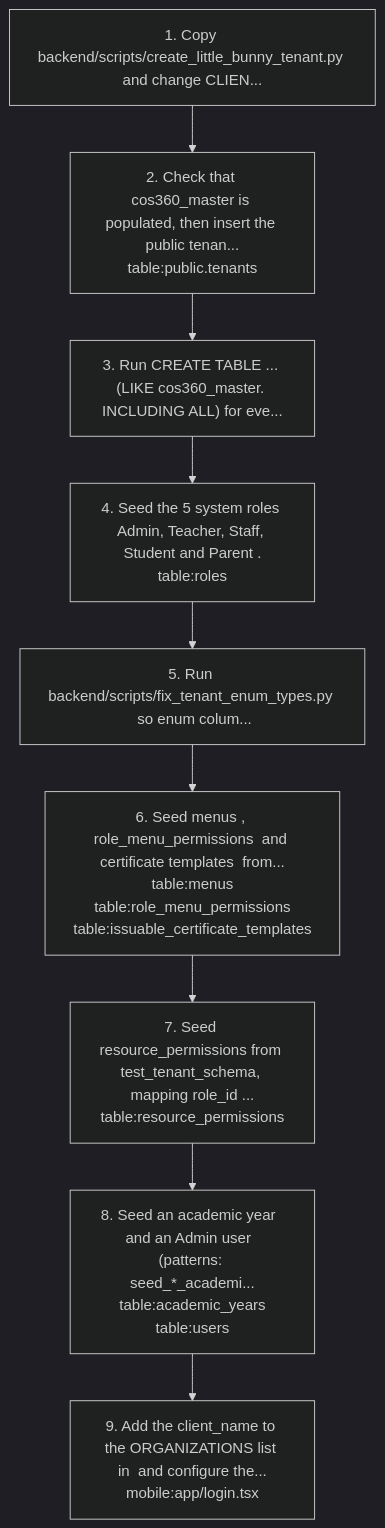
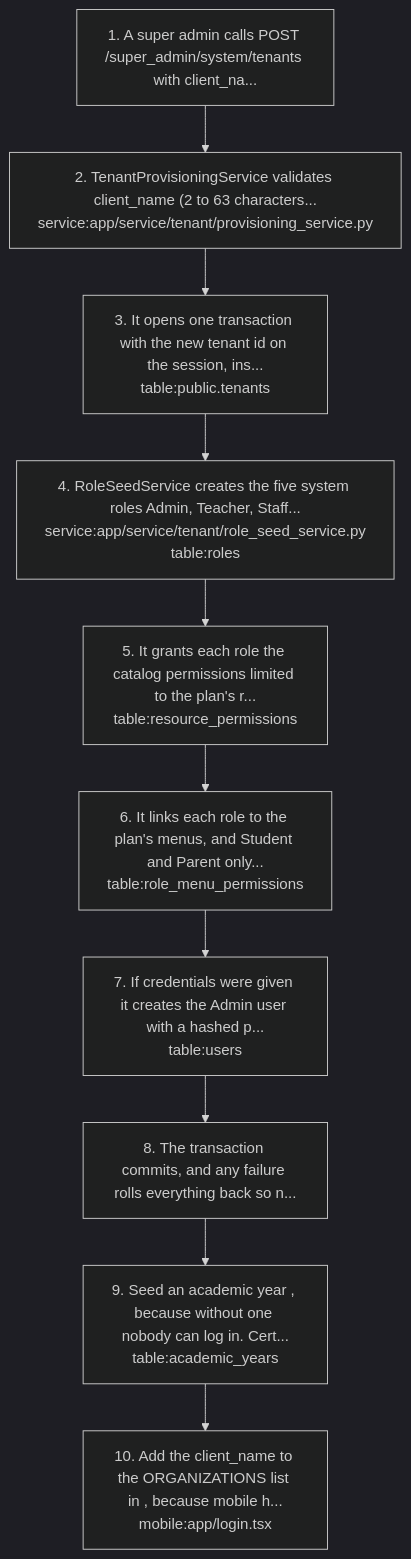
One commit to nerellasraj21/cos360_full_app changed the fifth of 6 diagrams in docs/graph/views/tenants-and-admin.md. Above: the diagram before and after it, drawn with Mermaid (dark theme). The commit also changed other lines of this file and 175 other files, not shown here.

````diff
--- a/docs/graph/views/tenants-and-admin.md
+++ b/docs/graph/views/tenants-and-admin.md
@@ -258,20 +262,22 @@
 ```mermaid
 flowchart TD
-  s1["1. Copy backend/scripts/create_little_bunny_tenant.py and change CLIEN..."]
-  s2["2. Check that cos360_master is populated, then insert the public tenan...<br/>table:public.tenants"]
+  s1["1. A super admin calls POST /super_admin/system/tenants with client_na..."]
+  s2["2. TenantProvisioningService validates client_name (2 to 63 characters...<br/>service:app/service/tenant/provisioning_service.py"]
   s1 --> s2
-  s3["3. Run CREATE TABLE ... (LIKE cos360_master.<t> INCLUDING ALL) for eve..."]
+  s3["3. It opens one transaction with the new tenant id on the session, ins...<br/>table:public.tenants"]
   s2 --> s3
-  s4["4. Seed the 5 system roles Admin, Teacher, Staff, Student and Parent .<br/>table:roles"]
+  s4["4. RoleSeedService creates the five system roles Admin, Teacher, Staff...<br/>service:app/service/tenant/role_seed_service.py<br/>table:roles"]
   s3 --> s4
-  s5["5. Run backend/scripts/fix_tenant_enum_types.py <schema> so enum colum..."]
+  s5["5. It grants each role the catalog permissions limited to the plan's r...<br/>table:resource_permissions"]
   s4 --> s5
-  s6["6. Seed menus , role_menu_permissions  and certificate templates  from...<br/>table:menus<br/>table:role_menu_permissions<br/>table:issuable_certificate_templates"]
+  s6["6. It links each role to the plan's menus, and Student and Parent only...<br/>table:role_menu_permissions"]
   s5 --> s6
-  s7["7. Seed resource_permissions from test_tenant_schema, mapping role_id ...<br/>table:resource_permissions"]
+  s7["7. If credentials were given it creates the Admin user with a hashed p...<br/>table:users"]
   s6 --> s7
-  s8["8. Seed an academic year  and an Admin user  (patterns: seed_*_academi...<br/>table:academic_years<br/>table:users"]
+  s8["8. The transaction commits, and any failure rolls everything back so n..."]
   s7 --> s8
-  s9["9. Add the client_name to the ORGANIZATIONS list in  and configure the...<br/>mobile:app/login.tsx"]
+  s9["9. Seed an academic year , because without one nobody can log in. Cert...<br/>table:academic_years"]
   s8 --> s9
+  s10["10. Add the client_name to the ORGANIZATIONS list in , because mobile h...<br/>mobile:app/login.tsx"]
+  s9 --> s10
 ```
````
